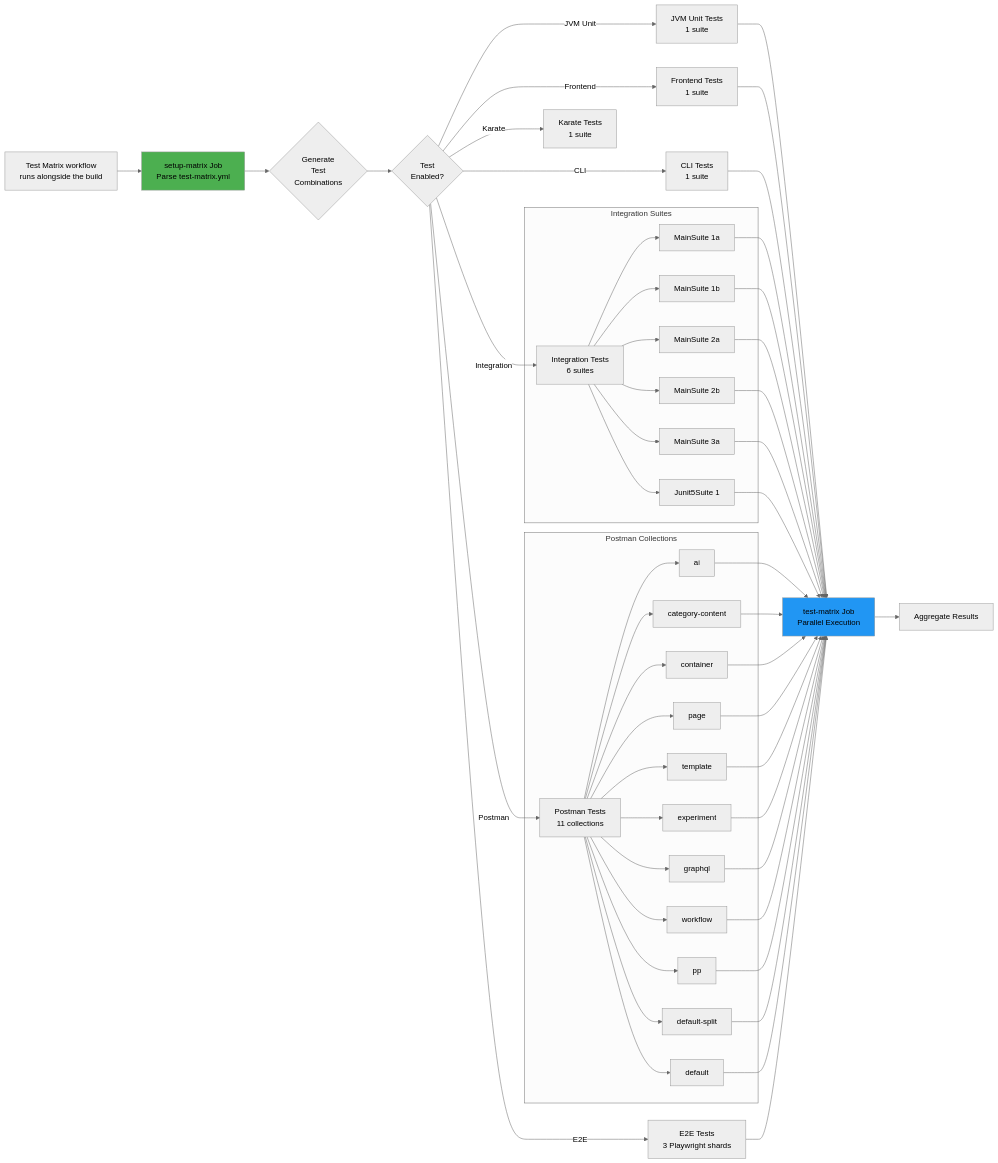
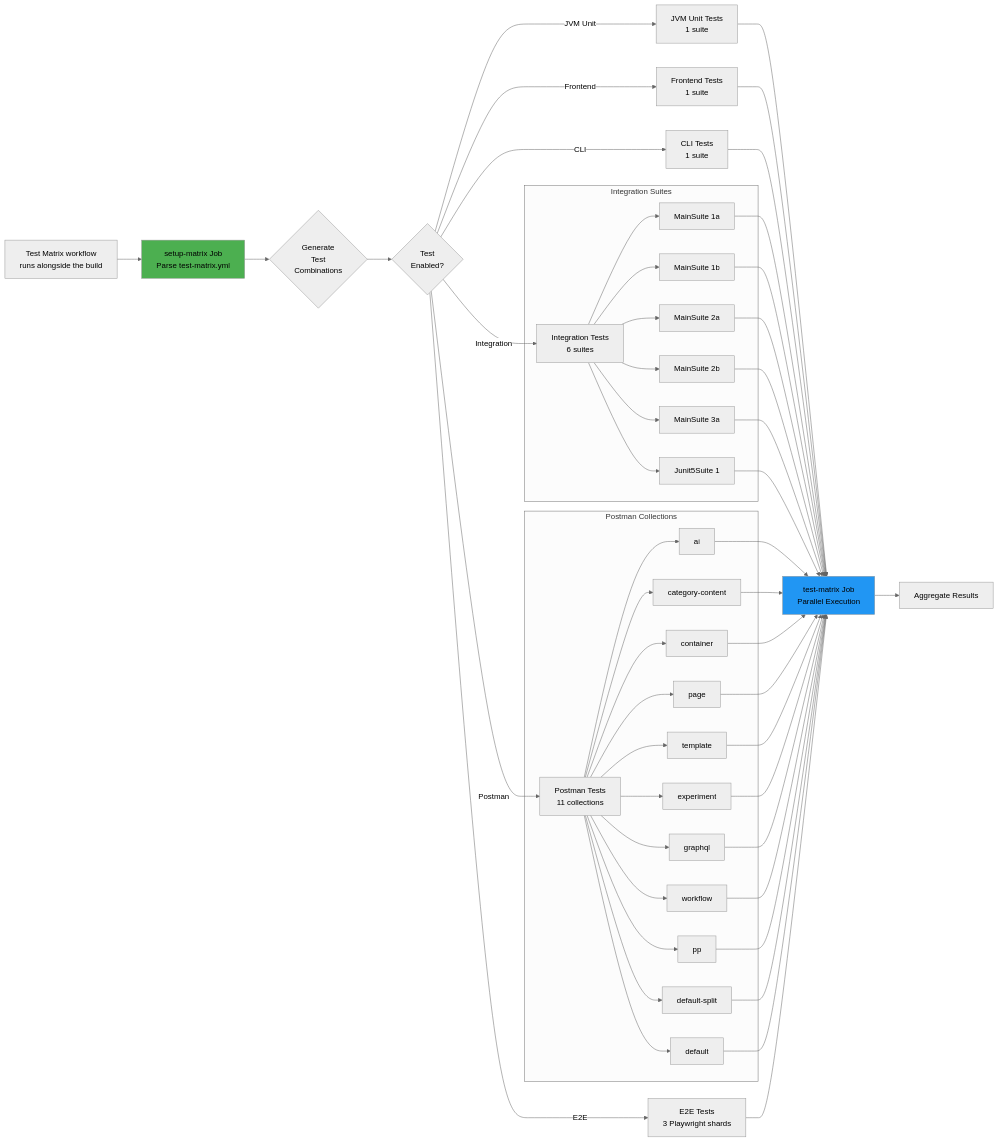
Before and after one commit to dotCMS/core: the fifth of 6 diagrams in .github/workflows/WORKFLOW_ARCHITECTURE.md, drawn with Mermaid (neutral theme). The commit also changed other lines of this file and 71 other files, not shown here.

````diff
--- a/.github/workflows/WORKFLOW_ARCHITECTURE.md
+++ b/.github/workflows/WORKFLOW_ARCHITECTURE.md
@@ -408,66 +407,65 @@
 ```mermaid
 flowchart LR
     Start[Test Matrix workflow<br/>runs alongside the build] --> Matrix[setup-matrix Job<br/>Parse test-matrix.yml]
     
     Matrix --> Generate{Generate<br/>Test<br/>Combinations}
     
     Generate --> Check{Test<br/>Enabled?}
     
     Check -->|JVM Unit| JVM[JVM Unit Tests<br/>1 suite]
     Check -->|Frontend| FE[Frontend Tests<br/>1 suite]
     Check -->|CLI| CLI[CLI Tests<br/>1 suite]
     Check -->|Integration| IT[Integration Tests<br/>6 suites]
     Check -->|Postman| PM[Postman Tests<br/>11 collections]
-    Check -->|Karate| KT[Karate Tests<br/>1 suite]
     Check -->|E2E| E2E[E2E Tests<br/>3 Playwright shards]
     
     subgraph "Integration Suites"
         IT --> IT1[MainSuite 1a]
         IT --> IT2[MainSuite 1b]
         IT --> IT3[MainSuite 2a]
         IT --> IT4[MainSuite 2b]
         IT --> IT5[MainSuite 3a]
         IT --> IT6[Junit5Suite 1]
     end
     
     subgraph "Postman Collections"
         PM --> PM1[ai]
         PM --> PM2[category-content]
         PM --> PM3[container]
         PM --> PM4[page]
         PM --> PM5[template]
         PM --> PM6[experiment]
         PM --> PM7[graphql]
         PM --> PM8[workflow]
         PM --> PM9[pp]
         PM --> PM10[default-split]
         PM --> PM11[default]
     end
     
     JVM --> Execute[test-matrix Job<br/>Parallel Execution]
     FE --> Execute
     CLI --> Execute
     IT1 --> Execute
     IT2 --> Execute
     IT3 --> Execute
     IT4 --> Execute
     IT5 --> Execute
     IT6 --> Execute
     PM1 --> Execute
     PM2 --> Execute
     PM3 --> Execute
     PM4 --> Execute
     PM5 --> Execute
     PM6 --> Execute
     PM7 --> Execute
     PM8 --> Execute
     PM9 --> Execute
     PM10 --> Execute
     PM11 --> Execute
     E2E --> Execute
     
     Execute --> Results[Aggregate Results]
     
     style Matrix fill:#4caf50
     style Execute fill:#2196f3
 ```
````
